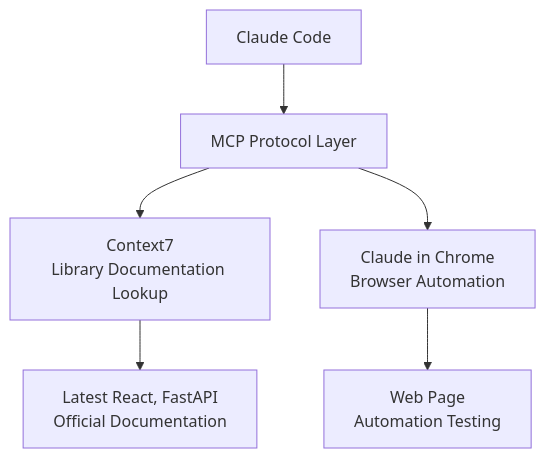
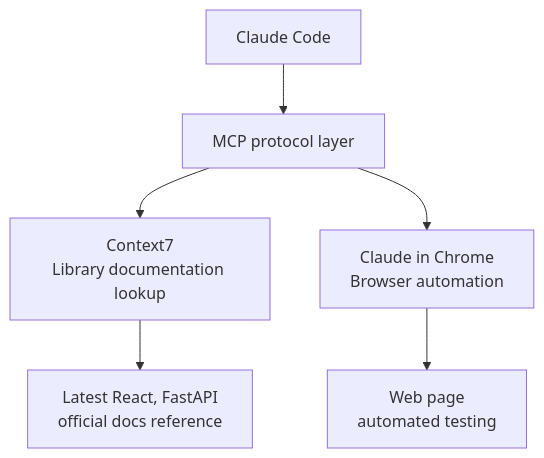
The diagram in docs-site/content/en/advanced/mcp-servers.md (modu-ai/moai-adk), drawn with Mermaid before and after one commit. The commit also changed other lines of this file and 395 other files, not shown here.

````diff
--- a/docs-site/content/en/advanced/mcp-servers.md
+++ b/docs-site/content/en/advanced/mcp-servers.md
@@ -19,10 +19,10 @@
 ```mermaid
 flowchart TD
-    CC["Claude Code"] --> MCP_LAYER["MCP Protocol Layer"]
+    CC["Claude Code"] --> MCP_LAYER["MCP protocol layer"]
 
-    MCP_LAYER --> C7["Context7<br>Library Documentation Lookup"]
-    MCP_LAYER --> STITCH["Claude in Chrome<br>Browser Automation"]
+    MCP_LAYER --> C7["Context7<br>Library documentation lookup"]
+    MCP_LAYER --> CHROME["Claude in Chrome<br>Browser automation"]
 
-    C7 --> C7_OUT["Latest React, FastAPI<br>Official Documentation"]
-    STITCH --> STITCH_OUT["Web Page<br>Automation Testing"]
+    C7 --> C7_OUT["Latest React, FastAPI<br>official docs reference"]
+    CHROME --> CHROME_OUT["Web page<br>automated testing"]
 ```
````
